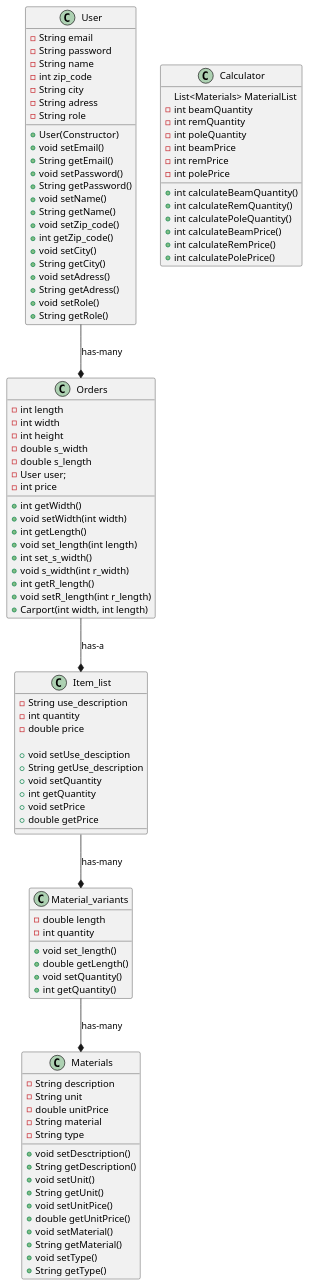
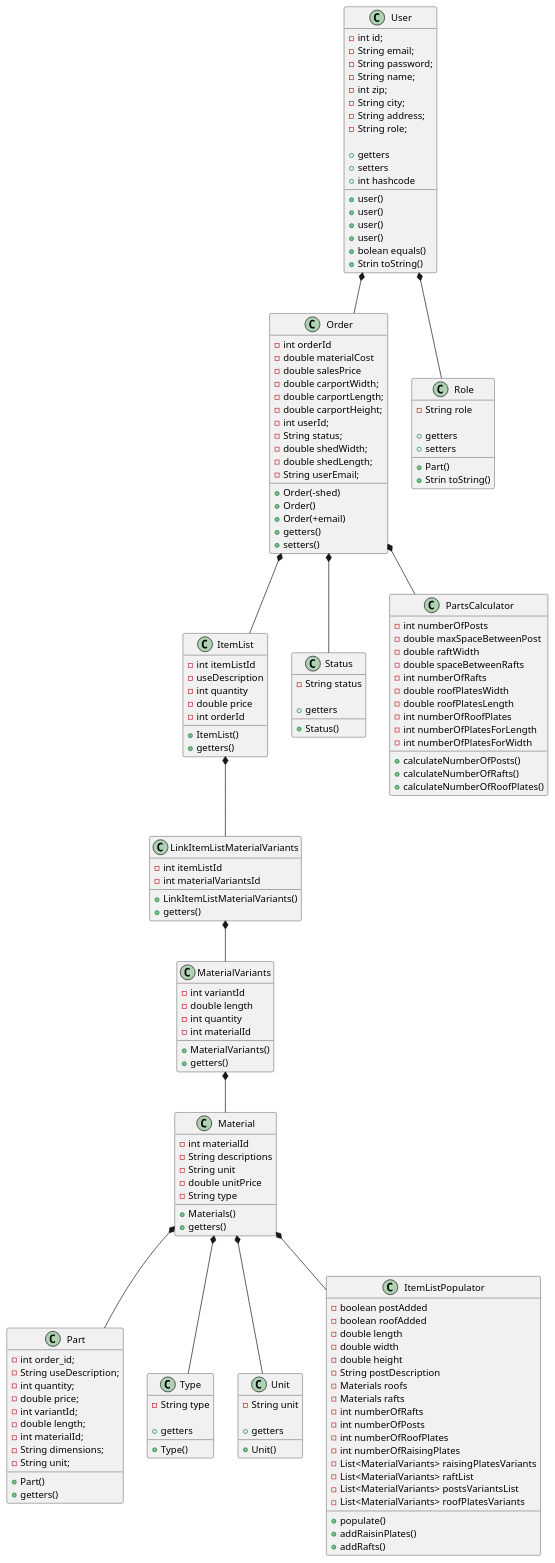
Before and after one commit to TheRealJackiBoi/dat2-fog-carport: the diagram in documentation/ClassDiagram.puml, drawn with PlantUML. The commit also changed 1 other file, not shown here.

Commit message:
made nav diagrams and updated class diagram

```diff
--- a/documentation/ClassDiagram.puml
+++ b/documentation/ClassDiagram.puml
@@ -1,125 +1,194 @@
 @startuml
 
-class Orders
-class User
-class Calculator
-class Item_list
-class Material_variants
-class Materials
+class ItemList{
+    -int itemListId
+    -useDescription
+    -int quantity
+    -double price
+    -int orderId
 
-User --* Orders : has-many
-Orders --* Item_list : has-a
-Item_list --* Material_variants : has-many
-Material_variants --* Materials : has-many
-
-
-
-class Orders{
-    -int length
-    -int width
-    -int height
-    -double s_width
-    -double s_length
-    -User user;
-    -int price
-
-
-   +int getWidth()
-   +void setWidth(int width)
-   +int getLength()
-   +void set_length(int length)
-   +int set_s_width()
-   +void s_width(int r_width)
-   +int getR_length()
-   +void setR_length(int r_length)
-   +Carport(int width, int length)
+    +ItemList()
+    +getters()
 }
 
-static class Calculator{
-    List<Materials> MaterialList
-    -int beamQuantity
-    -int remQuantity
-    -int poleQuantity
-    -int beamPrice
-    -int remPrice
-    -int polePrice
+class LinkItemListMaterialVariants {
+    -int itemListId
+    -int materialVariantsId
 
-    +int calculateBeamQuantity()
-    +int calculateRemQuantity()
-    +int calculatePoleQuantity()
-    +int calculateBeamPrice()
-    +int calculateRemPrice()
-    +int calculatePolePrice()
+    +LinkItemListMaterialVariants()
+    +getters()
 }
 
-class User{
-    -String email
-    -String password
-    -String name
-    -int zip_code
-    -String city
-    -String adress
-    -String role
-
-    +User(Constructor)
-    +void setEmail()
-    +String getEmail()
-    +void setPassword()
-    +String getPassword()
-    +void setName()
-    +String getName()
-    +void setZip_code()
-    +int getZip_code()
-    +void setCity()
-    +String getCity()
-    +void setAdress()
-    +String getAdress()
-    +void setRole()
-    +String getRole()
-
-}
-class Item_list{
-    -String use_description
-    -int quantity
-    -double price
-
-    +void setUse_desciption
-    +String getUse_description
-    +void setQuantity
-    +int getQuantity
-    +void setPrice
-    +double getPrice
-
-}
-class Materials{
-    -String description
+class Material {
+    -int materialId
+    -String descriptions
     -String unit
     -double unitPrice
-    -String material
     -String type
 
-    +void setDesctription()
-    +String getDescription()
-    +void setUnit()
-    +String getUnit()
-    +void setUnitPice()
-    +double getUnitPrice()
-    +void setMaterial()
-    +String getMaterial()
-    +void setType()
-    +String getType()
+    +Materials()
+    +getters()
 
 }
 
-class Material_variants {
+class MaterialVariants {
+    -int variantId
     -double length
     -int quantity
+    -int materialId
 
-    +void set_length()
-    +double getLength()
-    +void setQuantity()
-    +int getQuantity()
+    +MaterialVariants()
+    +getters()
+
 }
+
+class Order {
+    -int orderId
+    -double materialCost
+    -double salesPrice
+    -double carportWidth;
+    -double carportLength;
+    -double carportHeight;
+    -int userId;
+    -String status;
+    -double shedWidth;
+    -double shedLength;
+    -String userEmail;
+
+    +Order(-shed)
+    +Order()
+    +Order(+email)
+    +getters()
+    +setters()
+
+}
+
+class Part {
+    -int order_id;
+    -String useDescription;
+    -int quantity;
+    -double price;
+    -int variantId;
+    -double length;
+    -int materialId;
+    -String dimensions;
+    -String unit;
+
+    +Part()
+    +getters()
+
+}
+
+class Role {
+    -String role
+
+    +Part()
+    +getters
+    +setters
+    +Strin toString()
+
+}
+
+class Status {
+    -String status
+
+    +Status()
+    +getters
+
+}
+
+class Type {
+    -String type
+
+    +Type()
+    +getters
+}
+
+class Unit {
+    -String unit
+
+    +Unit()
+    +getters
+
+}
+
+class User {
+    -int id;
+    -String email;
+    -String password;
+    -String name;
+    -int zip;
+    -String city;
+    -String address;
+    -String role;
+
+    +user()
+    +user()
+    +user()
+    +user()
+    +getters
+    +setters
+    +bolean equals()
+    +int hashcode
+    +Strin toString()
+
+}
+
+class ItemListPopulator {
+        -boolean postAdded
+        -boolean roofAdded
+        -double length
+        -double width
+        -double height
+        -String postDescription
+        -Materials roofs
+        -Materials rafts
+        -int numberOfRafts
+        -int numberOfPosts
+        -int numberOfRoofPlates
+        -int numberOfRaisingPlates
+        -List<MaterialVariants> raisingPlatesVariants
+        -List<MaterialVariants> raftList
+        -List<MaterialVariants> postsVariantsList
+        -List<MaterialVariants> roofPlatesVariants
+
+        +populate()
+        +addRaisinPlates()
+        +addRafts()
+
+
+}
+
+class PartsCalculator{
+        -int numberOfPosts
+        -double maxSpaceBetweenPost
+        -double raftWidth
+        -double spaceBetweenRafts
+        -int numberOfRafts
+        -double roofPlatesWidth
+        -double roofPlatesLength
+        -int numberOfRoofPlates
+        -int numberOfPlatesForLength
+        -int numberOfPlatesForWidth
+
+        +calculateNumberOfPosts()
+        +calculateNumberOfRafts()
+        +calculateNumberOfRoofPlates()
+
+}
+
+User *-- Order
+User *-- Role
+Order *-- ItemList
+Order *-- Status
+Order *-- PartsCalculator
+ItemList *-- LinkItemListMaterialVariants
+LinkItemListMaterialVariants *-- MaterialVariants
+MaterialVariants *-- Material
+Material *-- Unit
+Material *-- Type
+Material *-- ItemListPopulator
+Material *-- Part
 
 
 @enduml
```
